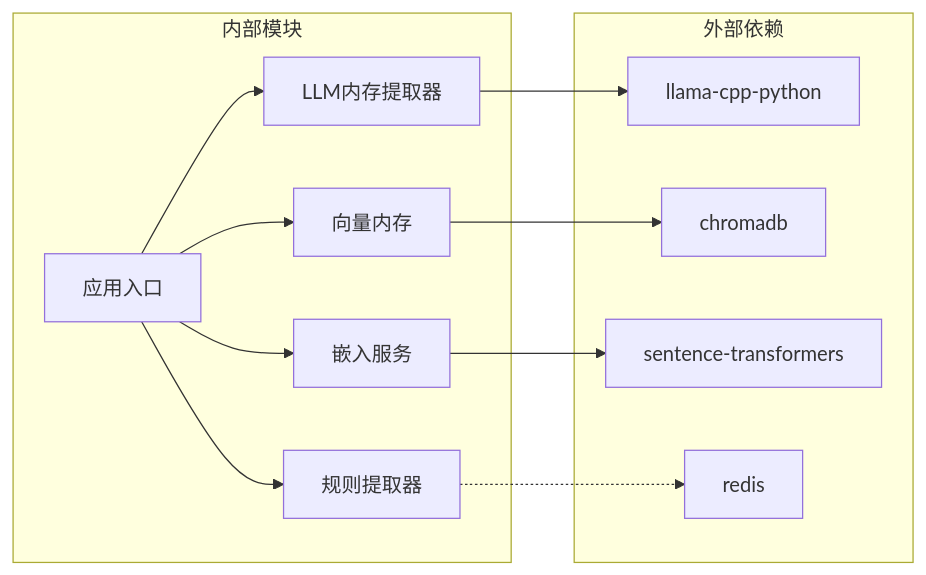
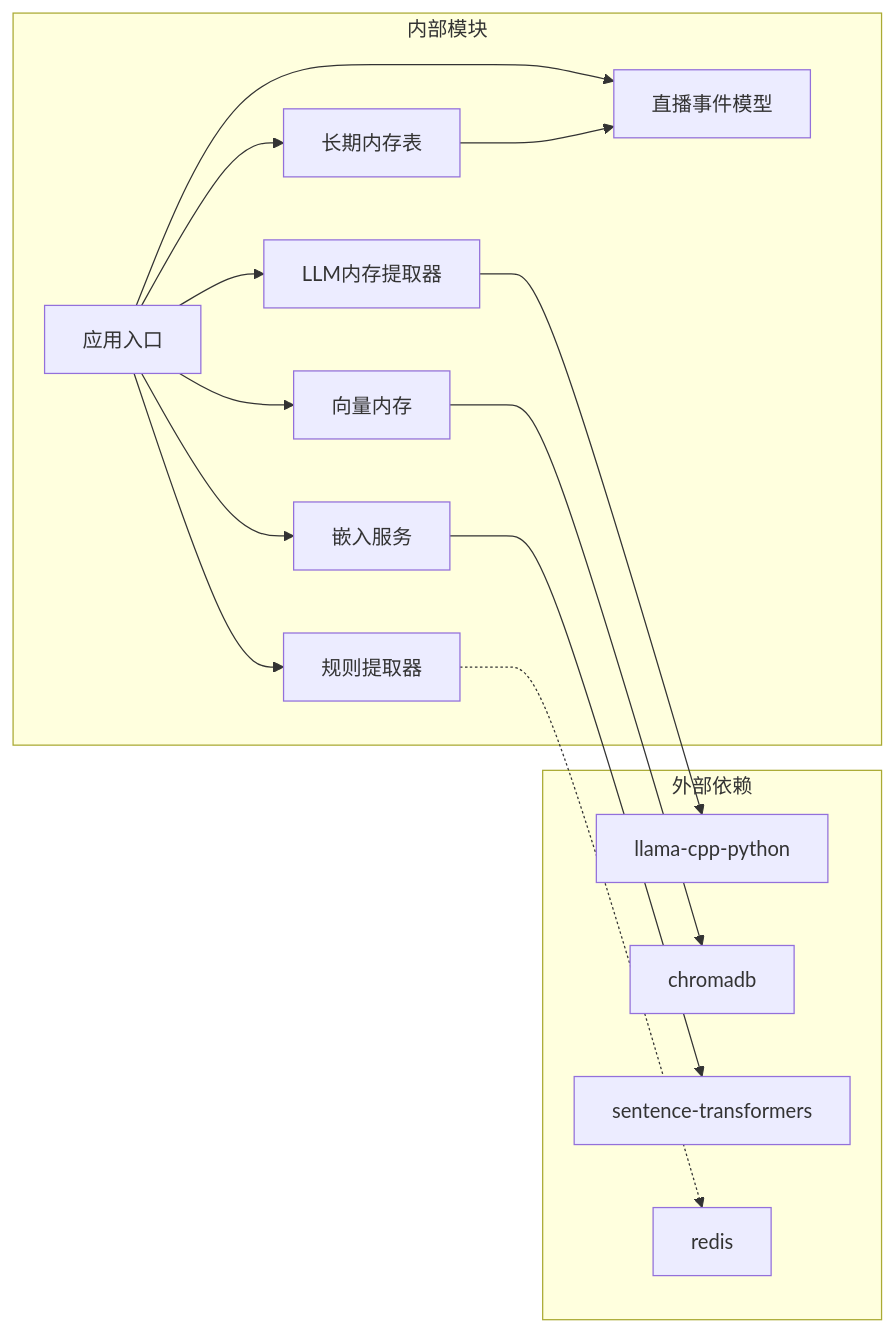
Before and after one commit to Moon-Force/DouYin_llm: the fifth of 5 diagrams in .qoder/repowiki/zh/content/测试策略/LLM内存提取器测试.md, drawn with Mermaid. The commit also changed other lines of this file and 34 other files, not shown here.

````diff
--- a/.qoder/repowiki/zh/content/测试策略/LLM内存提取器测试.md
+++ b/.qoder/repowiki/zh/content/测试策略/LLM内存提取器测试.md
@@ -257,24 +310,29 @@
 ```mermaid
 graph LR
 subgraph "外部依赖"
 A[llama-cpp-python]
 B[chromadb]
 C[sentence-transformers]
 D[redis]
 end
 subgraph "内部模块"
 E[LLM内存提取器]
 F[规则提取器]
 G[向量内存]
 H[嵌入服务]
 I[应用入口]
+J[长期内存表]
+K[直播事件模型]
 end
 E --> A
 G --> B
 H --> C
 I --> E
 I --> F
 I --> G
 I --> H
+I --> J
+I --> K
 F -.-> D
+J --> K
 ```
````
